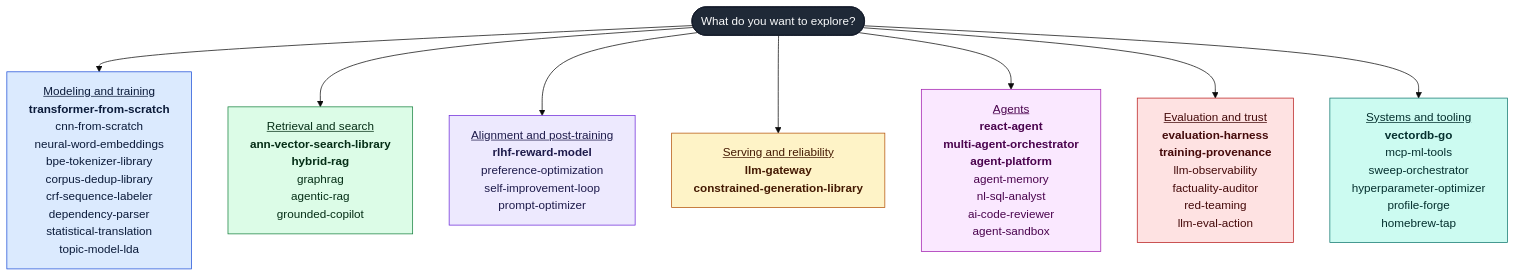
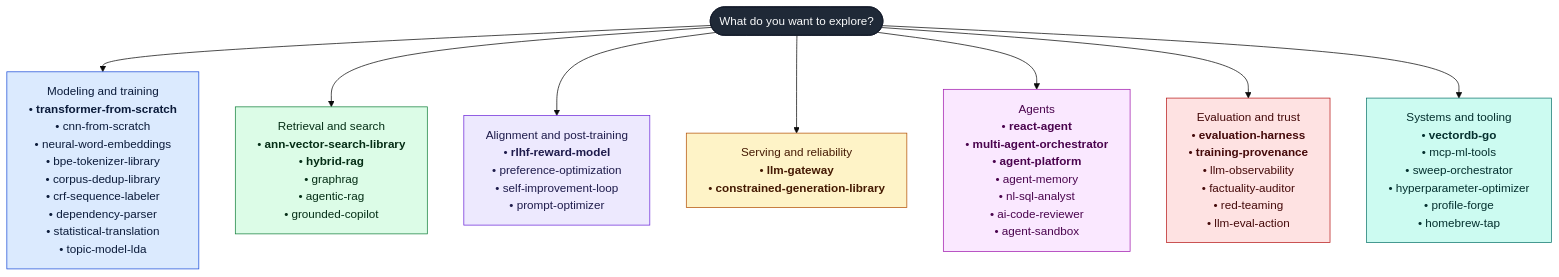
One commit to adeoluo/profile-forge changed the first of 3 diagrams in examples/adeoluo.README.md. Above: the diagram before and after it, drawn with Mermaid (base theme). The commit also changed 4 other files, not shown here.

````diff
--- a/examples/adeoluo.README.md
+++ b/examples/adeoluo.README.md
@@ -61,30 +61,30 @@
 ```mermaid
 %%{init: {"flowchart": {"wrappingWidth": 320}}}%%
 flowchart TD
   n_root(["What do you want to explore?"])
-  n_root --> n_model["<u>Modeling and training</u><br/><b>transformer-from-scratch</b><br/>cnn-from-scratch<br/>neural-word-embeddings<br/>bpe-tokenizer-library<br/>corpus-dedup-library<br/>crf-sequence-labeler<br/>dependency-parser<br/>statistical-translation<br/>topic-model-lda"]
-  n_root --> n_retr["<u>Retrieval and search</u><br/><b>ann-vector-search-library</b><br/><b>hybrid-rag</b><br/>graphrag<br/>agentic-rag<br/>grounded-copilot"]
-  n_root --> n_align["<u>Alignment and post-training</u><br/><b>rlhf-reward-model</b><br/>preference-optimization<br/>self-improvement-loop<br/>prompt-optimizer"]
-  n_root --> n_serve["<u>Serving and reliability</u><br/><b>llm-gateway</b><br/><b>constrained-generation-library</b>"]
-  n_root --> n_agent["<u>Agents</u><br/><b>react-agent</b><br/><b>multi-agent-orchestrator</b><br/><b>agent-platform</b><br/>agent-memory<br/>nl-sql-analyst<br/>ai-code-reviewer<br/>agent-sandbox"]
-  n_root --> n_trust["<u>Evaluation and trust</u><br/><b>evaluation-harness</b><br/><b>training-provenance</b><br/>llm-observability<br/>factuality-auditor<br/>red-teaming<br/>llm-eval-action"]
-  n_root --> n_sys["<u>Systems and tooling</u><br/><b>vectordb-go</b><br/>mcp-ml-tools<br/>sweep-orchestrator<br/>hyperparameter-optimizer<br/>profile-forge<br/>homebrew-tap"]
+  n_root --> n_model["Modeling and training<br/>• <b>transformer-from-scratch</b><br/>• cnn-from-scratch<br/>• neural-word-embeddings<br/>• bpe-tokenizer-library<br/>• corpus-dedup-library<br/>• crf-sequence-labeler<br/>• dependency-parser<br/>• statistical-translation<br/>• topic-model-lda"]
+  n_root --> n_retr["Retrieval and search<br/>• <b>ann-vector-search-library</b><br/>• <b>hybrid-rag</b><br/>• graphrag<br/>• agentic-rag<br/>• grounded-copilot"]
+  n_root --> n_align["Alignment and post-training<br/>• <b>rlhf-reward-model</b><br/>• preference-optimization<br/>• self-improvement-loop<br/>• prompt-optimizer"]
+  n_root --> n_serve["Serving and reliability<br/>• <b>llm-gateway</b><br/>• <b>constrained-generation-library</b>"]
+  n_root --> n_agent["Agents<br/>• <b>react-agent</b><br/>• <b>multi-agent-orchestrator</b><br/>• <b>agent-platform</b><br/>• agent-memory<br/>• nl-sql-analyst<br/>• ai-code-reviewer<br/>• agent-sandbox"]
+  n_root --> n_trust["Evaluation and trust<br/>• <b>evaluation-harness</b><br/>• <b>training-provenance</b><br/>• llm-observability<br/>• factuality-auditor<br/>• red-teaming<br/>• llm-eval-action"]
+  n_root --> n_sys["Systems and tooling<br/>• <b>vectordb-go</b><br/>• mcp-ml-tools<br/>• sweep-orchestrator<br/>• hyperparameter-optimizer<br/>• profile-forge<br/>• homebrew-tap"]
 
   classDef c_root fill:#1f2937,stroke:#111827,color:#f9fafb;
   classDef c_model fill:#dbeafe,stroke:#1d4ed8,color:#0b1b3a;
   classDef c_retr fill:#dcfce7,stroke:#15803d,color:#052e16;
   classDef c_align fill:#ede9fe,stroke:#6d28d9,color:#1e1b4b;
   classDef c_serve fill:#fef3c7,stroke:#b45309,color:#451a03;
   classDef c_agent fill:#fae8ff,stroke:#a21caf,color:#4a044e;
   classDef c_trust fill:#fee2e2,stroke:#b91c1c,color:#450a0a;
   classDef c_sys fill:#ccfbf1,stroke:#0f766e,color:#042f2e;
 
   class n_root c_root;
   class n_model c_model;
   class n_retr c_retr;
   class n_align c_align;
   class n_serve c_serve;
   class n_agent c_agent;
   class n_trust c_trust;
   class n_sys c_sys;
 ```
````
